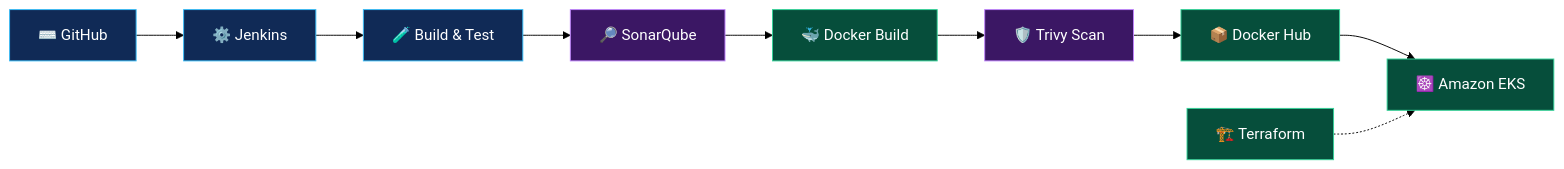
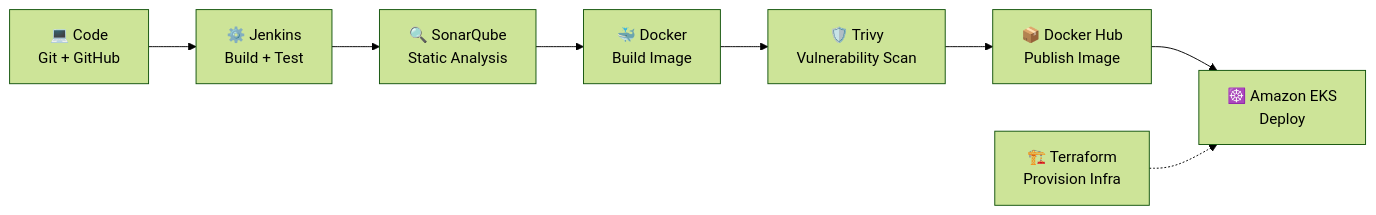
One commit to Om-Kute/Om-kute changed the diagram in README.md. Above: the diagram before and after it, drawn with Mermaid (forest theme). The commit also changed other lines of this file, not shown here.

````diff
--- a/README.md
+++ b/README.md
@@ -120,18 +50,10 @@
 ```mermaid
 flowchart LR
-    A["⌨️ GitHub"] --> B["⚙️ Jenkins"]
-    B --> C["🧪 Build & Test"]
-    C --> D["🔎 SonarQube"]
-    D --> E["🐳 Docker Build"]
-    E --> F["🛡️ Trivy Scan"]
-    F --> G["📦 Docker Hub"]
-    G --> H["☸️ Amazon EKS"]
-    I["🏗️ Terraform"] -.-> H
-
-    classDef source fill:#102A56,stroke:#38BDF8,color:#fff
-    classDef security fill:#3B1764,stroke:#C084FC,color:#fff
-    classDef deploy fill:#064E3B,stroke:#34D399,color:#fff
-    class A,B,C source
-    class D,F security
-    class E,G,H,I deploy
+    A["💻 Code<br/>Git + GitHub"] --> B["⚙️ Jenkins<br/>Build + Test"]
+    B --> C["🔍 SonarQube<br/>Static Analysis"]
+    C --> D["🐳 Docker<br/>Build Image"]
+    D --> E["🛡️ Trivy<br/>Vulnerability Scan"]
+    E --> F["📦 Docker Hub<br/>Publish Image"]
+    F --> G["☸️ Amazon EKS<br/>Deploy"]
+    T["🏗️ Terraform<br/>Provision Infra"] -.-> G
 ```
````
